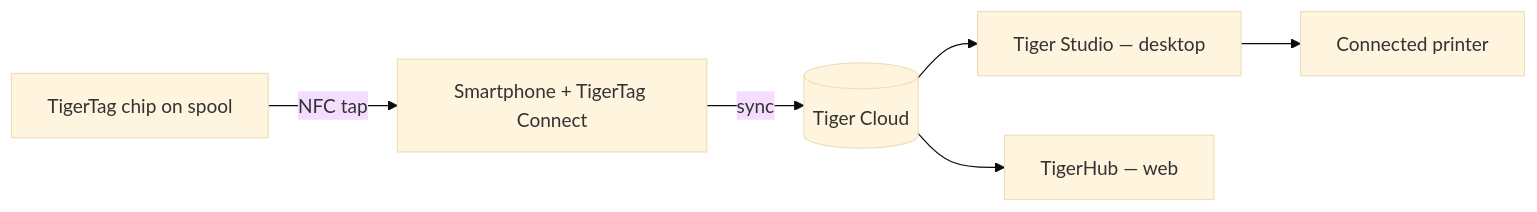
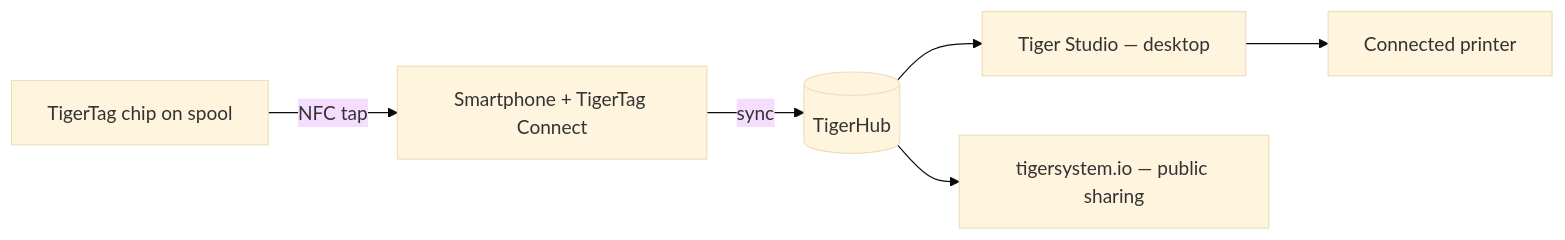
The diagram in docs/philosophy/smartphone-bridge.md (TigerTag-Project/TigerSystem-Docs), drawn with Mermaid (base theme) before and after one commit. The commit also changed 23 other files, not shown here.

Commit message:
Fix terminology: the Firebase account backbone is TigerHub (drop the invented 'Tiger Cloud' name, merge the two product pages)

````diff
--- a/docs/philosophy/smartphone-bridge.md
+++ b/docs/philosophy/smartphone-bridge.md
@@ -9,8 +9,8 @@
 ```mermaid
 flowchart LR
     TAG[TigerTag chip on spool] -- NFC tap --> PHONE[Smartphone + TigerTag Connect]
-    PHONE -- sync --> CLOUD[(Tiger Cloud)]
+    PHONE -- sync --> CLOUD[(TigerHub)]
     CLOUD --> STUDIO[Tiger Studio — desktop]
     STUDIO --> PRINTER[Connected printer]
-    CLOUD --> HUB[TigerHub — web]
+    CLOUD --> WEB["tigersystem.io — public sharing"]
 ```
````
